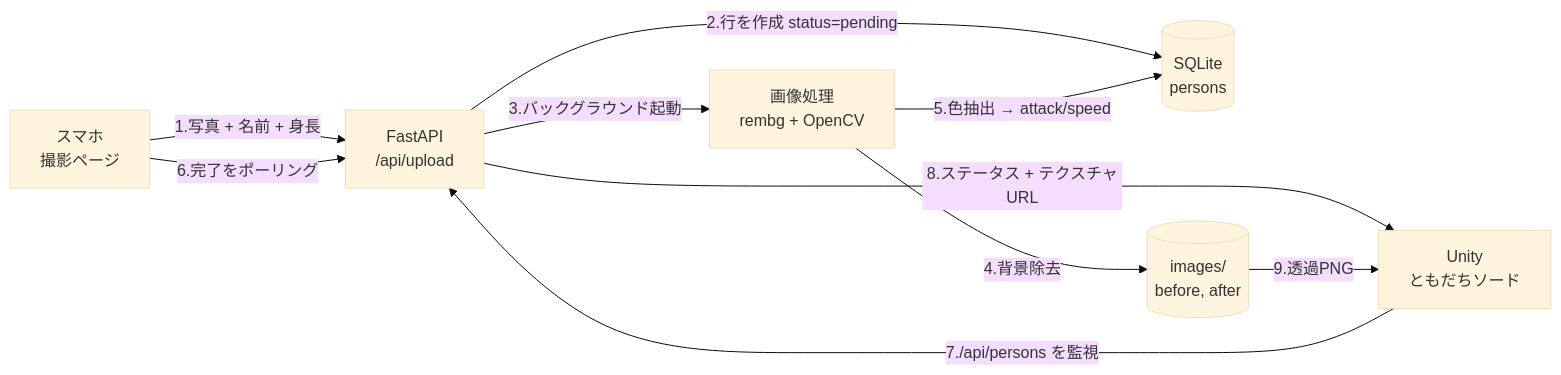
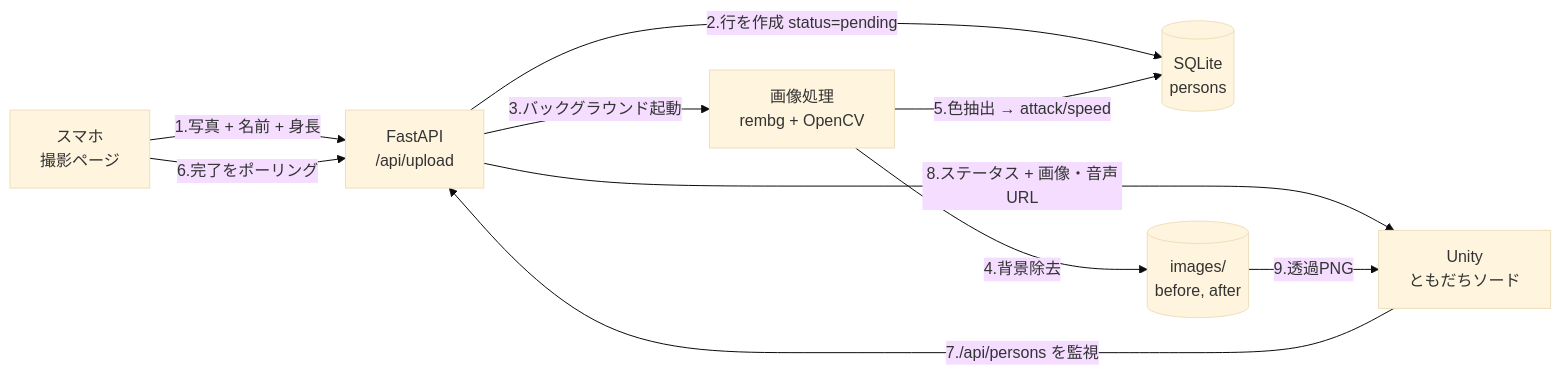
The first of 2 diagrams in README.md (c1417005/Hackit), drawn with Mermaid (base theme) before and after one commit. The commit also changed other lines of this file, not shown here.

````diff
--- a/README.md
+++ b/README.md
@@ -26,19 +29,19 @@
 ```mermaid
 flowchart LR
     Phone["スマホ<br/>撮影ページ"]
     API["FastAPI<br/>/api/upload"]
     Pipe["画像処理<br/>rembg + OpenCV"]
     DB[("SQLite<br/>persons")]
     Files[("images/<br/>before, after")]
     Unity["Unity<br/>ともだちソード"]
 
     Phone -->|"1.写真 + 名前 + 身長"| API
     API -->|"2.行を作成 status=pending"| DB
     API -->|"3.バックグラウンド起動"| Pipe
     Pipe -->|"4.背景除去"| Files
     Pipe -->|"5.色抽出 → attack/speed"| DB
     Phone -->|"6.完了をポーリング"| API
     Unity -->|"7./api/persons を監視"| API
-    API -->|"8.ステータス + テクスチャURL"| Unity
+    API -->|"8.ステータス + 画像・音声URL"| Unity
     Files -->|"9.透過PNG"| Unity
 ```
````
